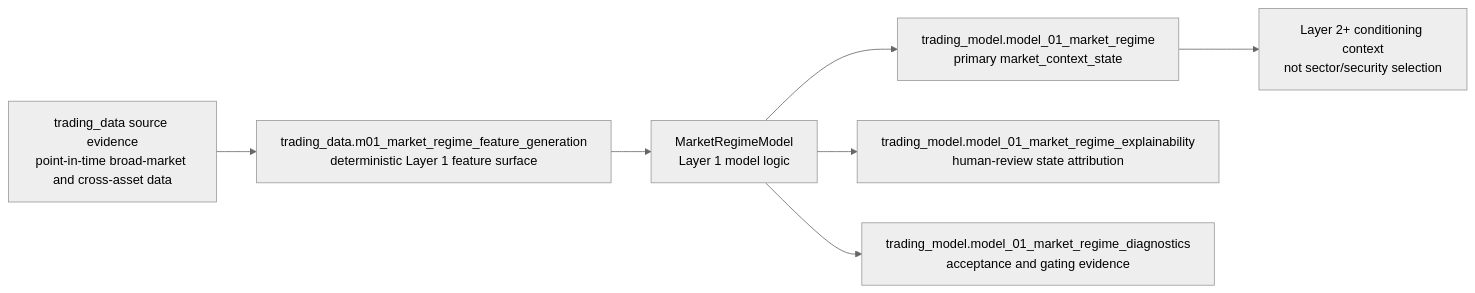
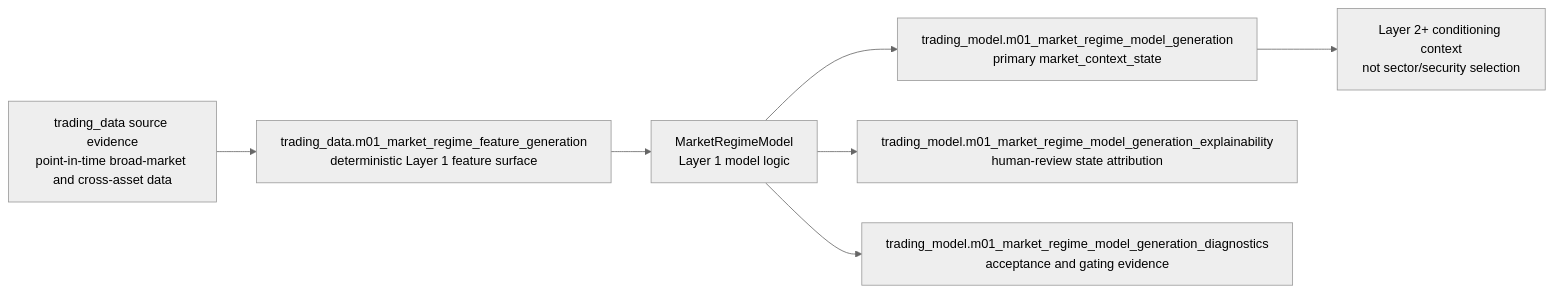
Before and after one commit to gilmore307/trading-model: the diagram in docs/10_layer_01_market_regime.md, drawn with Mermaid (neutral theme). The commit also changed other lines of this file and 29 other files, not shown here.

````diff
--- a/docs/10_layer_01_market_regime.md
+++ b/docs/10_layer_01_market_regime.md
@@ -34,15 +34,15 @@
 ```mermaid
 flowchart LR
     source["trading_data source evidence<br/>point-in-time broad-market and cross-asset data"]
     feature["trading_data.m01_market_regime_feature_generation<br/>deterministic Layer 1 feature surface"]
     model["MarketRegimeModel<br/>Layer 1 model logic"]
-    output["trading_model.model_01_market_regime<br/>primary market_context_state"]
-    explain["trading_model.model_01_market_regime_explainability<br/>human-review state attribution"]
-    diagnostics["trading_model.model_01_market_regime_diagnostics<br/>acceptance and gating evidence"]
+    output["trading_model.m01_market_regime_model_generation<br/>primary market_context_state"]
+    explain["trading_model.m01_market_regime_model_generation_explainability<br/>human-review state attribution"]
+    diagnostics["trading_model.m01_market_regime_model_generation_diagnostics<br/>acceptance and gating evidence"]
     downstream["Layer 2+ conditioning context<br/>not sector/security selection"]
 
     source --> feature --> model
     model --> output --> downstream
     model --> explain
     model --> diagnostics
 ```
````
